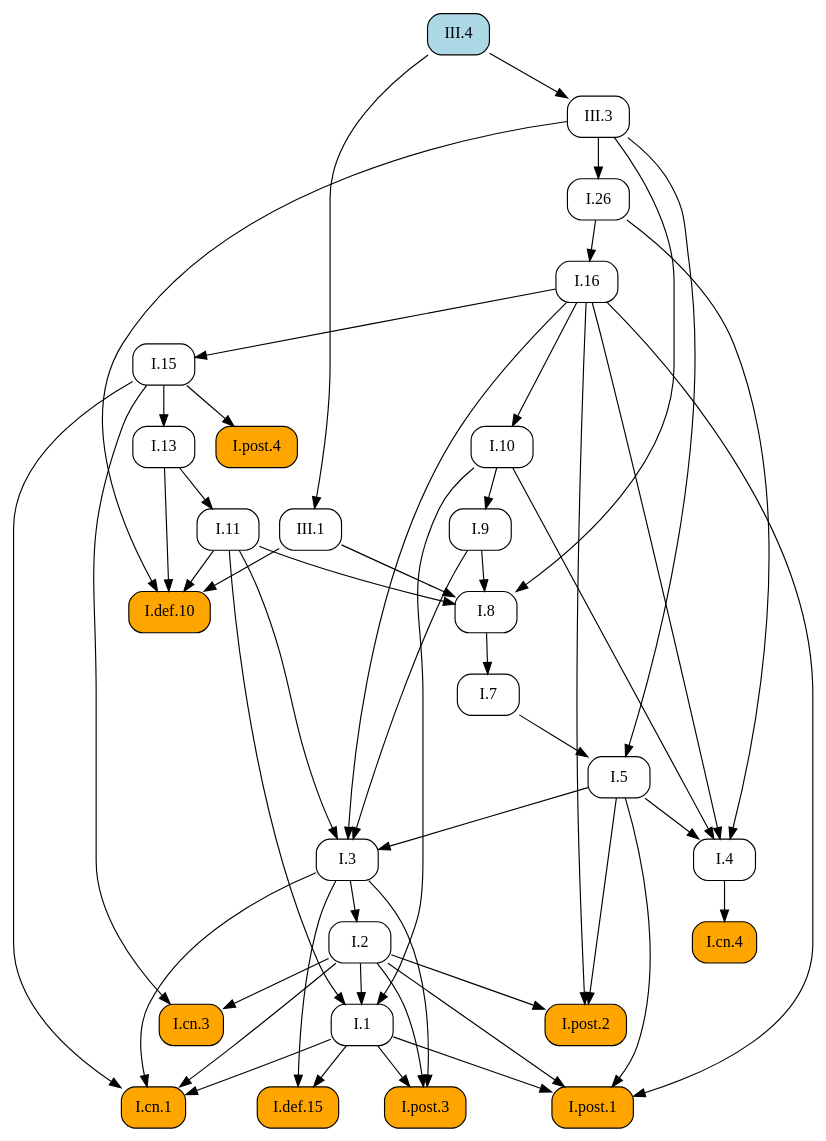
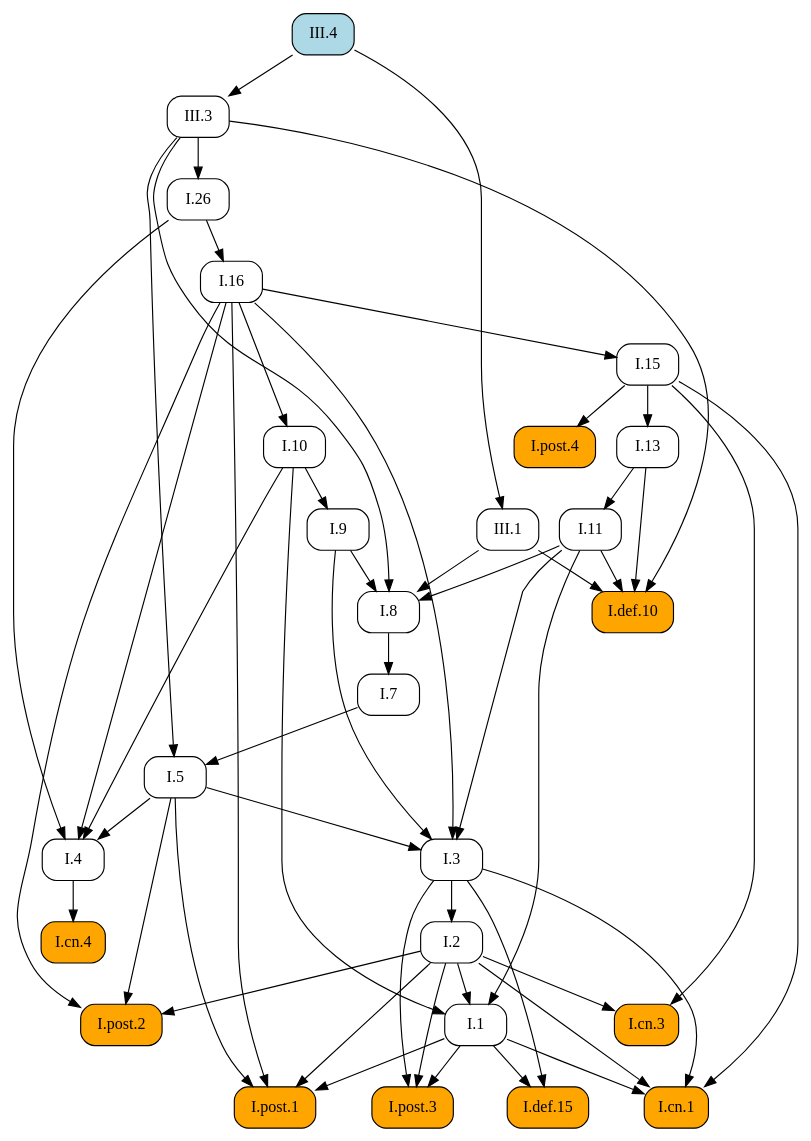
Before and after one commit to geometor/elements: the diagram in docsrc/elements2/III/4/index.rst, drawn with Graphviz. The commit also changed other lines of this file and 171 other files, not shown here.

```diff
--- a/docsrc/elements2/III/4/index.rst
+++ b/docsrc/elements2/III/4/index.rst
@@ -61,82 +61,82 @@
    digraph {
      rankdir="TB";
      node [shape=box, style=rounded];
+     "I.8" [URL="/elements2/I/8/", target="_top"];
+     "I.post.3" [style="rounded,filled", fillcolor=orange, URL="/elements2/I/post.3/", target="_top"];
+     "I.1" [URL="/elements2/I/1/", target="_top"];
+     "I.cn.4" [style="rounded,filled", fillcolor=orange, URL="/elements2/I/cn.4/", target="_top"];
+     "I.cn.3" [style="rounded,filled", fillcolor=orange, URL="/elements2/I/cn.3/", target="_top"];
+     "I.7" [URL="/elements2/I/7/", target="_top"];
+     "I.post.1" [style="rounded,filled", fillcolor=orange, URL="/elements2/I/post.1/", target="_top"];
+     "I.9" [URL="/elements2/I/9/", target="_top"];
+     "I.5" [URL="/elements2/I/5/", target="_top"];
+     "I.cn.1" [style="rounded,filled", fillcolor=orange, URL="/elements2/I/cn.1/", target="_top"];
      "I.16" [URL="/elements2/I/16/", target="_top"];
+     "III.3" [URL="/elements2/III/3/", target="_top"];
      "I.def.10" [style="rounded,filled", fillcolor=orange, URL="/elements2/I/def.10/", target="_top"];
-     "I.9" [URL="/elements2/I/9/", target="_top"];
-     "I.8" [URL="/elements2/I/8/", target="_top"];
+     "I.post.4" [style="rounded,filled", fillcolor=orange, URL="/elements2/I/post.4/", target="_top"];
+     "I.13" [URL="/elements2/I/13/", target="_top"];
      "I.2" [URL="/elements2/I/2/", target="_top"];
+     "I.def.15" [style="rounded,filled", fillcolor=orange, URL="/elements2/I/def.15/", target="_top"];
+     "I.4" [URL="/elements2/I/4/", target="_top"];
+     "III.1" [URL="/elements2/III/1/", target="_top"];
+     "I.11" [URL="/elements2/I/11/", target="_top"];
+     "I.10" [URL="/elements2/I/10/", target="_top"];
      "I.15" [URL="/elements2/I/15/", target="_top"];
+     "I.3" [URL="/elements2/I/3/", target="_top"];
+     "I.post.2" [style="rounded,filled", fillcolor=orange, URL="/elements2/I/post.2/", target="_top"];
      "I.26" [URL="/elements2/I/26/", target="_top"];
      "III.4" [style="rounded,filled", fillcolor=lightblue, URL="/elements2/III/4/", target="_top"];
-     "I.cn.4" [style="rounded,filled", fillcolor=orange, URL="/elements2/I/cn.4/", target="_top"];
-     "I.def.15" [style="rounded,filled", fillcolor=orange, URL="/elements2/I/def.15/", target="_top"];
-     "I.post.3" [style="rounded,filled", fillcolor=orange, URL="/elements2/I/post.3/", target="_top"];
-     "III.1" [URL="/elements2/III/1/", target="_top"];
-     "I.1" [URL="/elements2/I/1/", target="_top"];
-     "III.3" [URL="/elements2/III/3/", target="_top"];
-     "I.post.2" [style="rounded,filled", fillcolor=orange, URL="/elements2/I/post.2/", target="_top"];
-     "I.13" [URL="/elements2/I/13/", target="_top"];
-     "I.10" [URL="/elements2/I/10/", target="_top"];
-     "I.post.1" [style="rounded,filled", fillcolor=orange, URL="/elements2/I/post.1/", target="_top"];
-     "I.7" [URL="/elements2/I/7/", target="_top"];
-     "I.post.4" [style="rounded,filled", fillcolor=orange, URL="/elements2/I/post.4/", target="_top"];
-     "I.cn.1" [style="rounded,filled", fillcolor=orange, URL="/elements2/I/cn.1/", target="_top"];
-     "I.3" [URL="/elements2/I/3/", target="_top"];
-     "I.cn.3" [style="rounded,filled", fillcolor=orange, URL="/elements2/I/cn.3/", target="_top"];
-     "I.11" [URL="/elements2/I/11/", target="_top"];
-     "I.5" [URL="/elements2/I/5/", target="_top"];
-     "I.4" [URL="/elements2/I/4/", target="_top"];
+     "I.9" -> "I.8";
+     "I.11" -> "I.8";
+     "III.1" -> "I.8";
+     "III.3" -> "I.8";
+     "I.1" -> "I.post.3";
+     "I.2" -> "I.post.3";
+     "I.3" -> "I.post.3";
+     "I.2" -> "I.1";
+     "I.10" -> "I.1";
+     "I.11" -> "I.1";
+     "I.4" -> "I.cn.4";
+     "I.2" -> "I.cn.3";
+     "I.15" -> "I.cn.3";
+     "I.8" -> "I.7";
+     "I.1" -> "I.post.1";
+     "I.2" -> "I.post.1";
+     "I.5" -> "I.post.1";
+     "I.16" -> "I.post.1";
+     "I.10" -> "I.9";
+     "I.7" -> "I.5";
+     "III.3" -> "I.5";
+     "I.1" -> "I.cn.1";
+     "I.2" -> "I.cn.1";
+     "I.3" -> "I.cn.1";
+     "I.15" -> "I.cn.1";
      "I.26" -> "I.16";
+     "III.4" -> "III.3";
      "I.11" -> "I.def.10";
      "I.13" -> "I.def.10";
      "III.1" -> "I.def.10";
      "III.3" -> "I.def.10";
-     "I.10" -> "I.9";
-     "I.9" -> "I.8";
-     "I.11" -> "I.8";
-     "III.1" -> "I.8";
-     "III.3" -> "I.8";
+     "I.15" -> "I.post.4";
+     "I.15" -> "I.13";
      "I.3" -> "I.2";
-     "I.16" -> "I.15";
-     "III.3" -> "I.26";
-     "I.4" -> "I.cn.4";
      "I.1" -> "I.def.15";
      "I.3" -> "I.def.15";
-     "I.1" -> "I.post.3";
-     "I.2" -> "I.post.3";
-     "I.3" -> "I.post.3";
+     "I.5" -> "I.4";
+     "I.10" -> "I.4";
+     "I.16" -> "I.4";
+     "I.26" -> "I.4";
      "III.4" -> "III.1";
-     "I.2" -> "I.1";
-     "I.10" -> "I.1";
-     "I.11" -> "I.1";
-     "III.4" -> "III.3";
-     "I.2" -> "I.post.2";
-     "I.5" -> "I.post.2";
-     "I.16" -> "I.post.2";
-     "I.15" -> "I.13";
+     "I.13" -> "I.11";
      "I.16" -> "I.10";
-     "I.1" -> "I.post.1";
-     "I.2" -> "I.post.1";
-     "I.5" -> "I.post.1";
-     "I.16" -> "I.post.1";
-     "I.8" -> "I.7";
-     "I.15" -> "I.post.4";
-     "I.1" -> "I.cn.1";
-     "I.2" -> "I.cn.1";
-     "I.3" -> "I.cn.1";
-     "I.15" -> "I.cn.1";
+     "I.16" -> "I.15";
      "I.5" -> "I.3";
      "I.9" -> "I.3";
      "I.11" -> "I.3";
      "I.16" -> "I.3";
-     "I.2" -> "I.cn.3";
-     "I.15" -> "I.cn.3";
-     "I.13" -> "I.11";
-     "I.7" -> "I.5";
-     "III.3" -> "I.5";
-     "I.5" -> "I.4";
-     "I.10" -> "I.4";
-     "I.16" -> "I.4";
-     "I.26" -> "I.4";
+     "I.2" -> "I.post.2";
+     "I.5" -> "I.post.2";
+     "I.16" -> "I.post.2";
+     "III.3" -> "I.26";
    }
```
